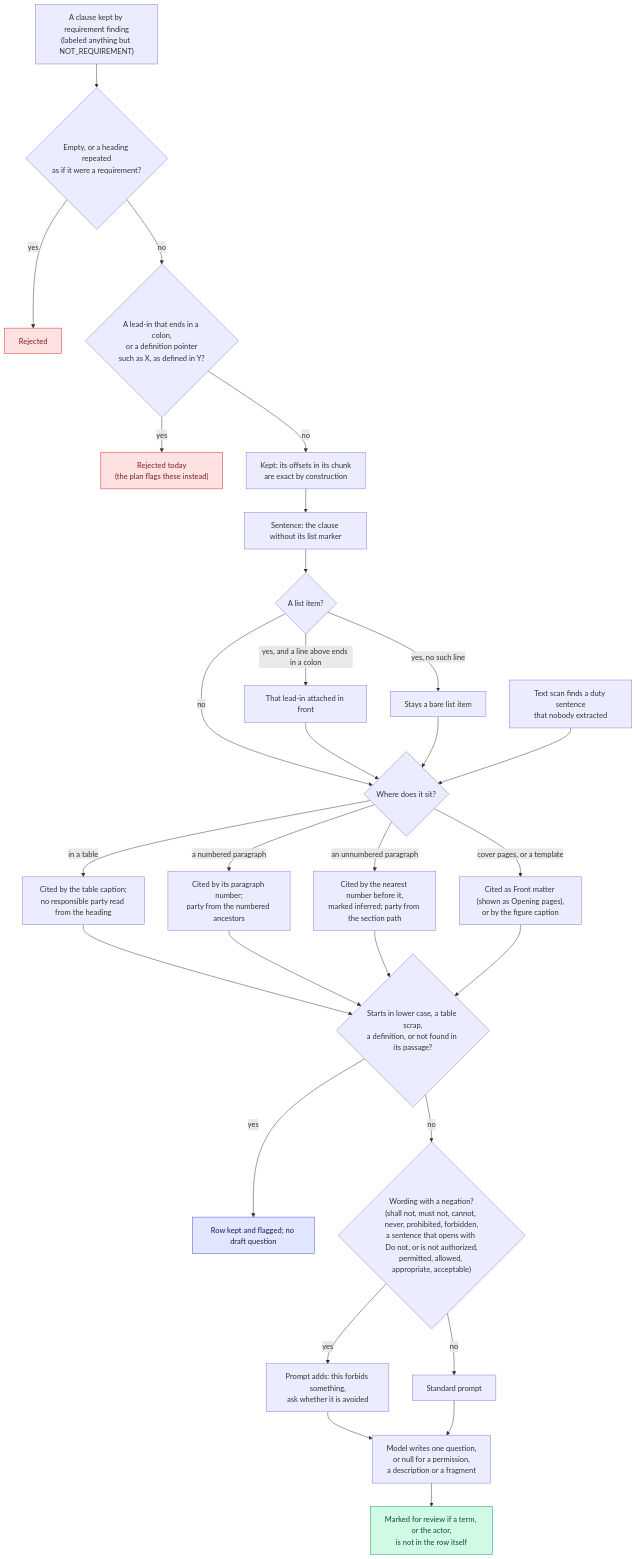
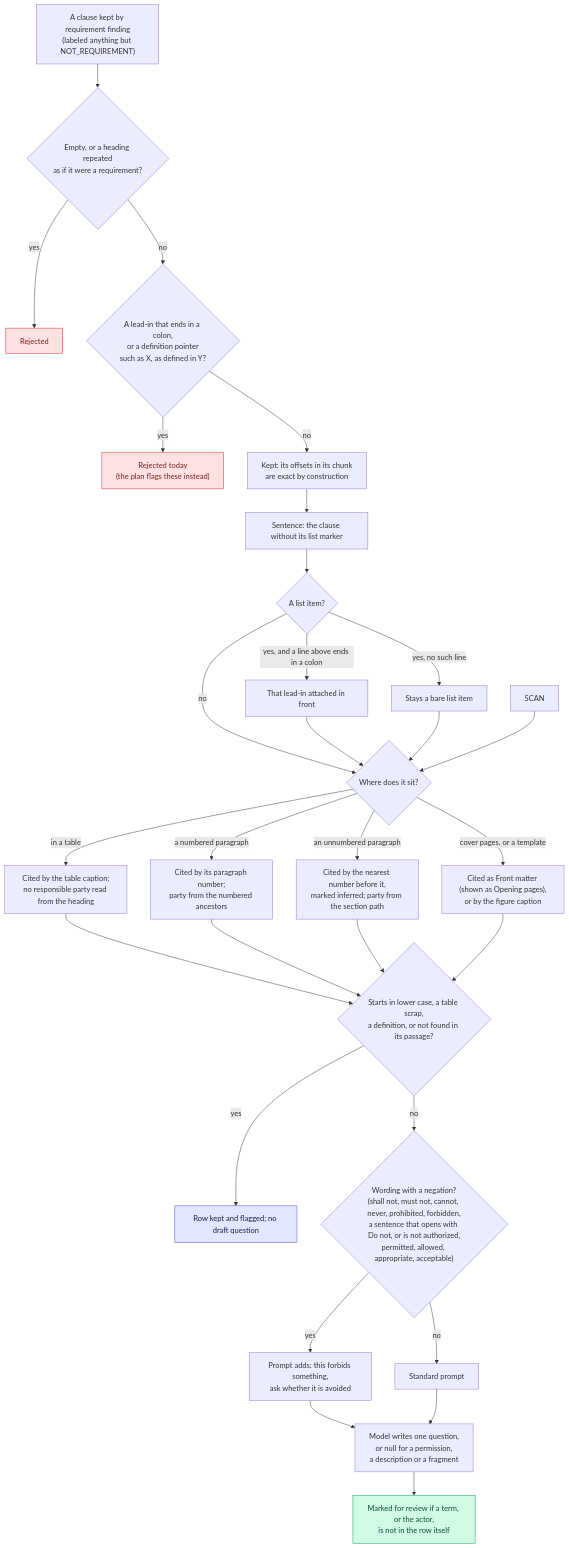
The second of 3 diagrams in docs/ARCHITECTURE.md (TylerGRClark/ReqBot), drawn with Mermaid before and after one commit. The commit also changed other lines of this file and 26 other files, not shown here.

First line of the commit message:
refactor(checklist): remove the rule-based text scan (#366)

````diff
--- a/docs/ARCHITECTURE.md
+++ b/docs/ARCHITECTURE.md
@@ -118,46 +118,45 @@
 ```mermaid
 flowchart TD
     Q["A clause kept by requirement finding<br/>(labeled anything but NOT_REQUIREMENT)"]
-    SCAN["Text scan finds a duty sentence<br/>that nobody extracted"]
 
     Q --> E1{"Empty, or a heading repeated<br/>as if it were a requirement?"}
     E1 -->|yes| R1["Rejected"]
     E1 -->|no| E3{"A lead-in that ends in a colon,<br/>or a definition pointer<br/>such as X, as defined in Y?"}
     E3 -->|yes| R3["Rejected today<br/>(the plan flags these instead)"]
     E3 -->|no| A["Kept: its offsets in its chunk<br/>are exact by construction"]
 
     A --> X["Sentence: the clause without its list marker"]
     X --> L{"A list item?"}
     L -->|"yes, and a line above ends in a colon"| L1["That lead-in attached in front"]
     L -->|"yes, no such line"| L2["Stays a bare list item"]
     L -->|no| C0
     L1 --> C0
     L2 --> C0
     SCAN --> C0
 
     C0{"Where does it sit?"}
     C0 -->|"in a table"| C1["Cited by the table caption;<br/>no responsible party read from the heading"]
     C0 -->|"a numbered paragraph"| C2["Cited by its paragraph number;<br/>party from the numbered ancestors"]
     C0 -->|"an unnumbered paragraph"| C3["Cited by the nearest number before it,<br/>marked inferred; party from the section path"]
     C0 -->|"cover pages, or a template"| C4["Cited as Front matter (shown as Opening pages),<br/>or by the figure caption"]
 
     C1 --> Y
     C2 --> Y
     C3 --> Y
     C4 --> Y
     Y{"Starts in lower case, a table scrap,<br/>a definition, or not found in its passage?"}
     Y -->|yes| Z1["Row kept and flagged; no draft question"]
     Y -->|no| P{"Wording with a negation?<br/>(shall not, must not, cannot, never, prohibited, forbidden,<br/>a sentence that opens with Do not, or is not authorized,<br/>permitted, allowed, appropriate, acceptable)"}
     P -->|yes| P1["Prompt adds: this forbids something,<br/>ask whether it is avoided"]
     P -->|no| P2["Standard prompt"]
     P1 --> M["Model writes one question,<br/>or null for a permission,<br/>a description or a fragment"]
     P2 --> M
     M --> K["Marked for review if a term, or the actor,<br/>is not in the row itself"]
 
     classDef reject fill:#fee2e2,stroke:#dc2626,color:#7f1d1d;
     classDef keep fill:#d1fae5,stroke:#059669,color:#064e3b;
     classDef note fill:#e0e7ff,stroke:#4f46e5,color:#1e1b4b;
     class R1,R3 reject;
     class Z1 note;
     class K keep;
 ```
````
